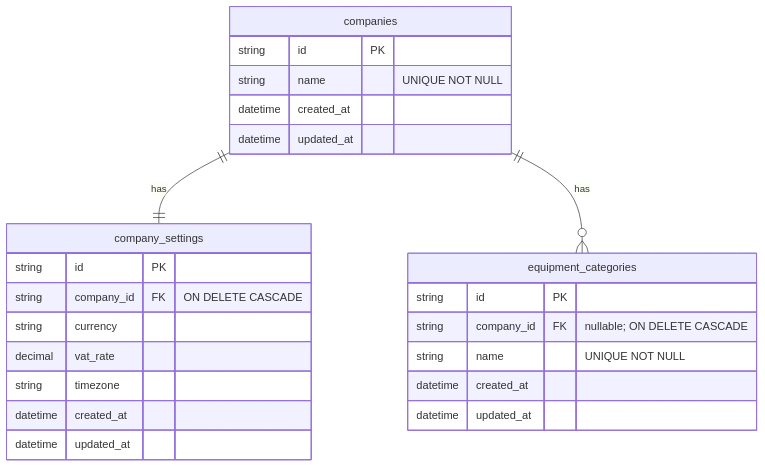
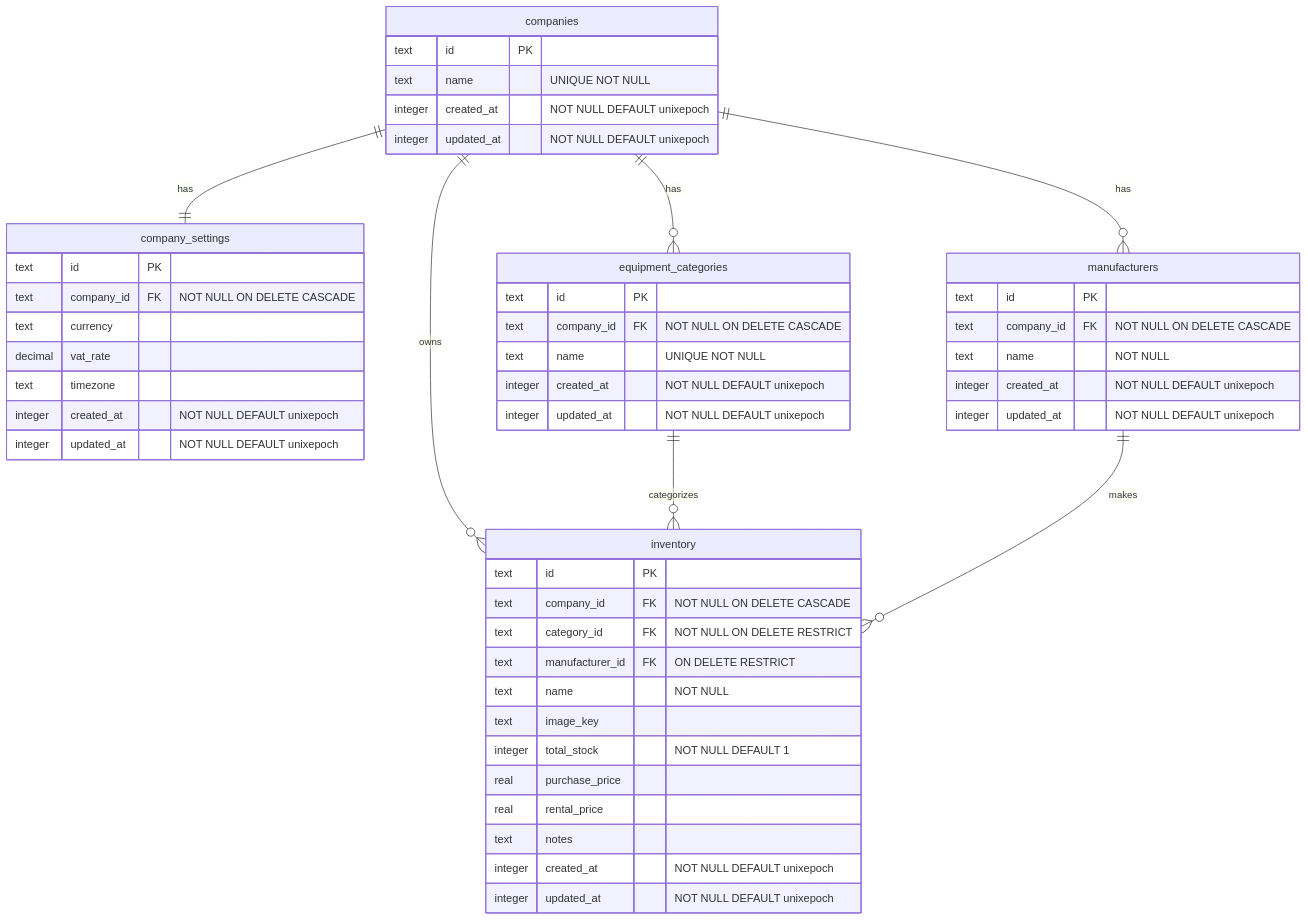
Before and after one commit to bit8bytes/gearberg: the diagram in wiki/ERD.md, drawn with Mermaid. The commit also changed 22 other files, not shown here.

Commit message:
feat: a user can create, read, update, and delete inventory #1

````diff
--- a/wiki/ERD.md
+++ b/wiki/ERD.md
@@ -3,30 +3,58 @@
 ```mermaid
 erDiagram
   companies {
-    string id PK
-    string name "UNIQUE NOT NULL"
-    datetime created_at
-    datetime updated_at
+    text id PK
+    text name "UNIQUE NOT NULL"
+    integer created_at "NOT NULL DEFAULT unixepoch"
+    integer updated_at "NOT NULL DEFAULT unixepoch"
   }
 
   company_settings {
-    string id PK
-    string company_id FK "ON DELETE CASCADE"
-    string currency
+    text id PK
+    text company_id FK "NOT NULL ON DELETE CASCADE"
+    text currency
     decimal vat_rate
-    string timezone
-    datetime created_at
-    datetime updated_at
+    text timezone
+    integer created_at "NOT NULL DEFAULT unixepoch"
+    integer updated_at "NOT NULL DEFAULT unixepoch"
   }
 
   equipment_categories {
-    string id PK
-    string company_id FK "nullable; ON DELETE CASCADE"
-    string name "UNIQUE NOT NULL"
-    datetime created_at
-    datetime updated_at
+    text id PK
+    text company_id FK "NOT NULL ON DELETE CASCADE"
+    text name "UNIQUE NOT NULL"
+    integer created_at "NOT NULL DEFAULT unixepoch"
+    integer updated_at "NOT NULL DEFAULT unixepoch"
+  }
+
+  manufacturers {
+    text id PK
+    text company_id FK "NOT NULL ON DELETE CASCADE"
+    text name "NOT NULL"
+    integer created_at "NOT NULL DEFAULT unixepoch"
+    integer updated_at "NOT NULL DEFAULT unixepoch"
+  }
+  %% name must be unique per company: UNIQUE(company_id, name)
+
+  inventory {
+    text id PK
+    text company_id FK "NOT NULL ON DELETE CASCADE"
+    text category_id FK "NOT NULL ON DELETE RESTRICT"
+    text manufacturer_id FK "ON DELETE RESTRICT"
+    text name "NOT NULL"
+    text image_key
+    integer total_stock "NOT NULL DEFAULT 1"
+    real purchase_price
+    real rental_price
+    text notes
+    integer created_at "NOT NULL DEFAULT unixepoch"
+    integer updated_at "NOT NULL DEFAULT unixepoch"
   }
 
   companies ||--|| company_settings : "has"
   companies ||--o{ equipment_categories : "has"
+  companies ||--o{ manufacturers : "has"
+  companies ||--o{ inventory : "owns"
+  equipment_categories ||--o{ inventory : "categorizes"
+  manufacturers ||--o{ inventory : "makes"
 ```
````
